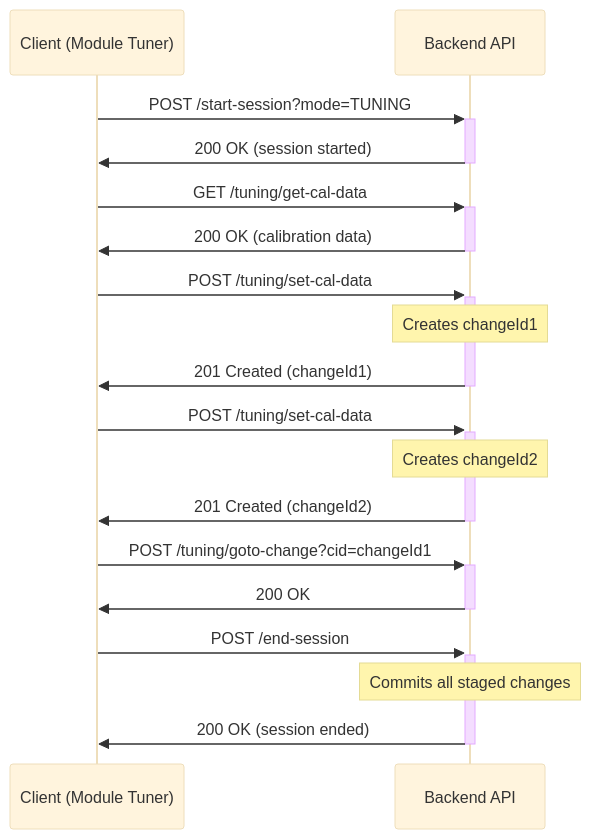
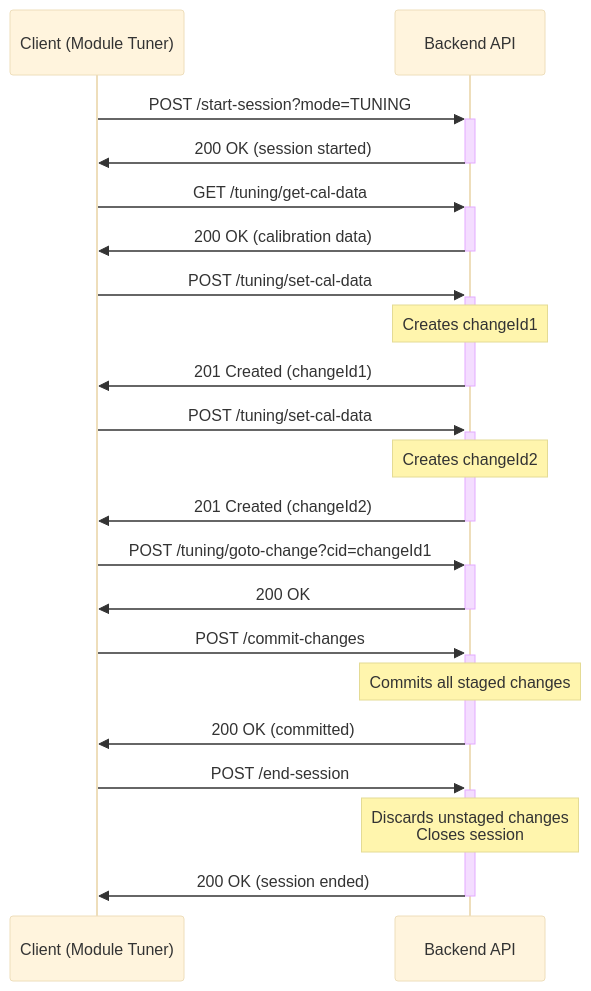
The first of 4 diagrams in docs/apis/modification-framework-api-reference.md (AudioReach/audioreach-creator-backend), drawn with Mermaid (base theme) before and after one commit. The commit also changed other lines of this file and 19 other files, not shown here.

First line of the commit message:
docs(api): update session semantics and create-usecases response

````diff
--- a/docs/apis/modification-framework-api-reference.md
+++ b/docs/apis/modification-framework-api-reference.md
@@ -171,26 +168,30 @@
 ```mermaid
 sequenceDiagram
     participant UI as Client (Module Tuner)
     participant API as Backend API
     
     UI->>+API: POST /start-session?mode=TUNING
     API->>-UI: 200 OK (session started)
     
     UI->>+API: GET /tuning/get-cal-data
     API->>-UI: 200 OK (calibration data)
     
     UI->>+API: POST /tuning/set-cal-data
     Note over API: Creates changeId1
     API->>-UI: 201 Created (changeId1)
     
     UI->>+API: POST /tuning/set-cal-data
     Note over API: Creates changeId2
     API->>-UI: 201 Created (changeId2)
     
     UI->>+API: POST /tuning/goto-change?cid=changeId1
     API->>-UI: 200 OK
     
+    UI->>+API: POST /commit-changes
+    Note over API: Commits all staged changes
+    API->>-UI: 200 OK (committed)
+    
     UI->>+API: POST /end-session
-    Note over API: Commits all staged changes
+    Note over API: Discards unstaged changes<br/>Closes session
     API->>-UI: 200 OK (session ended)
 ```
````
